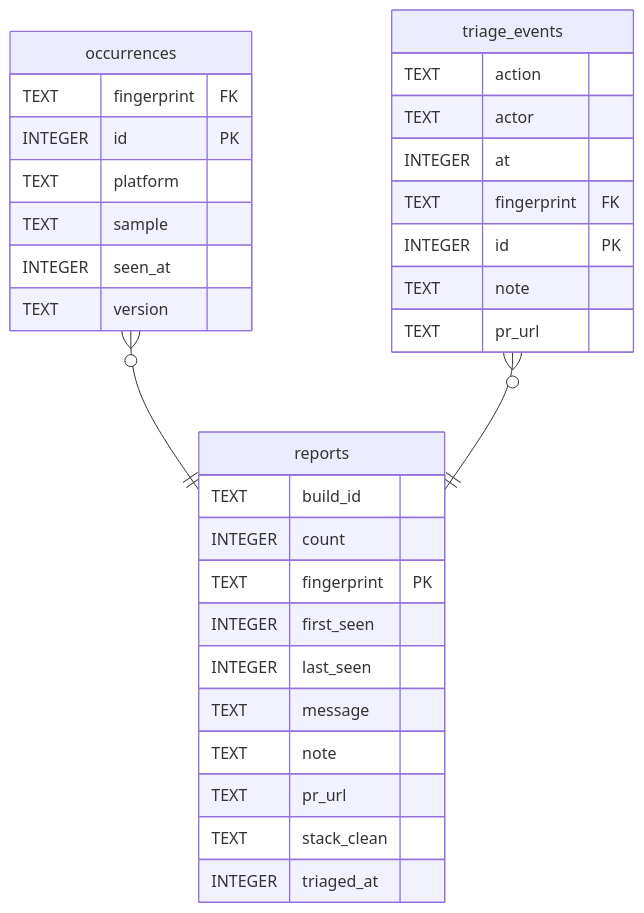
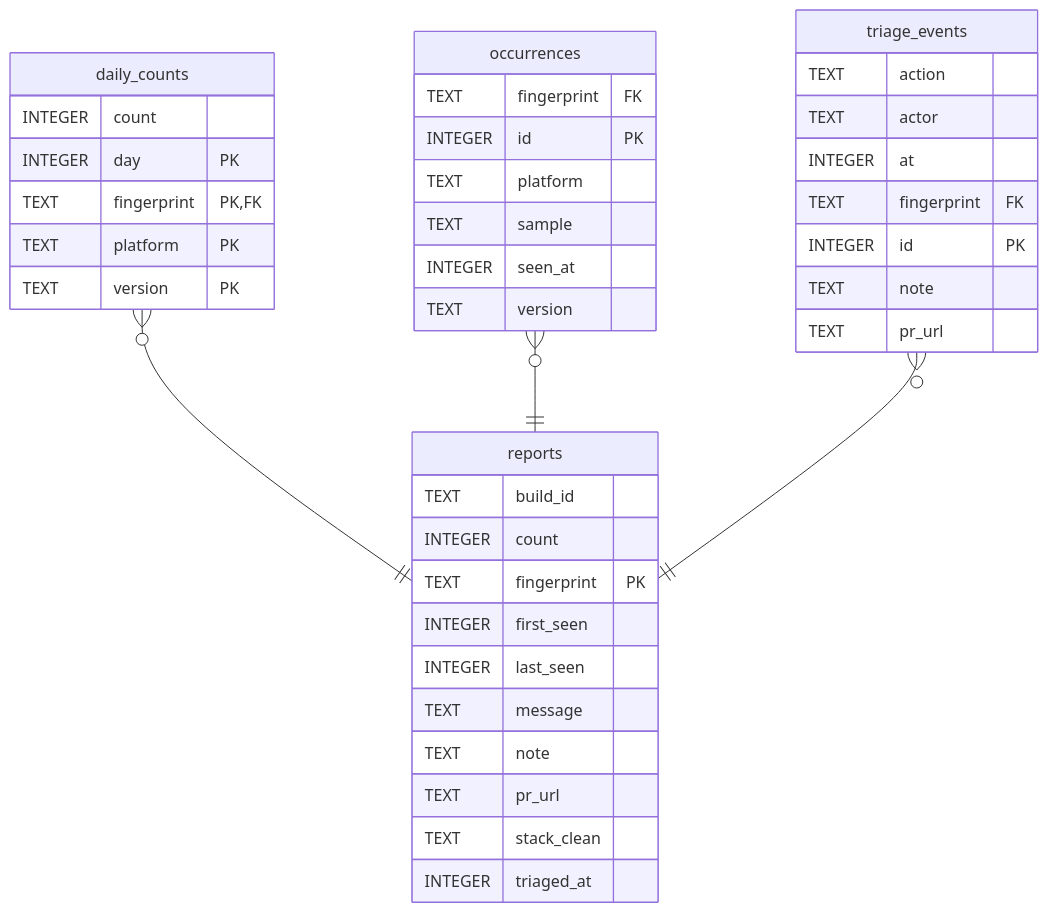
The diagram in docs/erd.mmd (zingolabs/delegator-report), drawn with Mermaid before and after one commit. The commit also changed 14 other files, not shown here.

```diff
--- a/docs/erd.mmd
+++ b/docs/erd.mmd
@@ -1,36 +1,45 @@
 
 erDiagram
+    daily_counts {
+        INTEGER count 
+        INTEGER day PK 
+        TEXT fingerprint PK,FK 
+        TEXT platform PK 
+        TEXT version PK 
+    }
+
     occurrences {
         TEXT fingerprint FK 
         INTEGER id PK 
         TEXT platform 
         TEXT sample 
         INTEGER seen_at 
         TEXT version 
     }
 
     reports {
         TEXT build_id 
         INTEGER count 
         TEXT fingerprint PK 
         INTEGER first_seen 
         INTEGER last_seen 
         TEXT message 
         TEXT note 
         TEXT pr_url 
         TEXT stack_clean 
         INTEGER triaged_at 
     }
 
     triage_events {
         TEXT action 
         TEXT actor 
         INTEGER at 
         TEXT fingerprint FK 
         INTEGER id PK 
         TEXT note 
         TEXT pr_url 
     }
 
+    daily_counts }o--|| reports : ""
     occurrences }o--|| reports : ""
     triage_events }o--|| reports : ""
```
